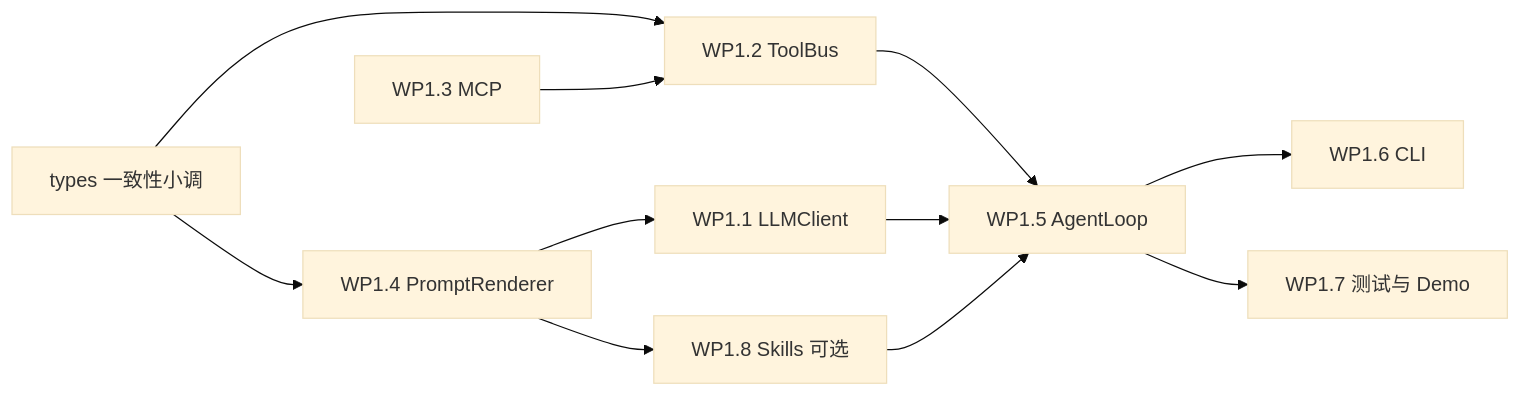
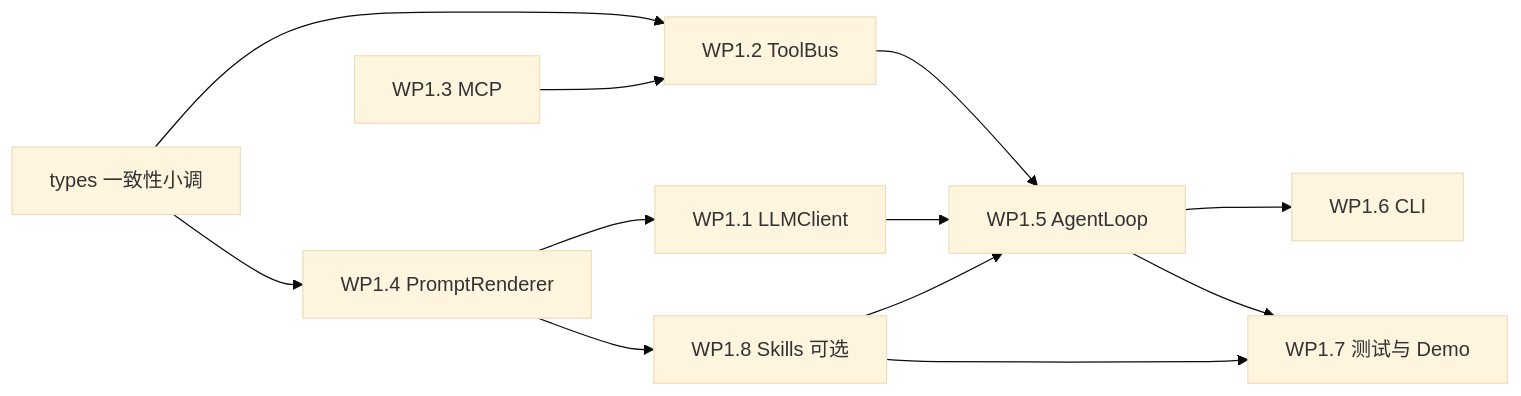
Before and after one commit to Mapoet/taskflow: the diagram in agent_framework/docs/guides/phase-1-plan.md, drawn with Mermaid (base theme). The commit also changed other lines of this file and 39 other files, not shown here.

````diff
--- a/agent_framework/docs/guides/phase-1-plan.md
+++ b/agent_framework/docs/guides/phase-1-plan.md
@@ -52,22 +52,23 @@
 ```mermaid
 flowchart LR
   T[types 一致性小调]
   PR[WP1.4 PromptRenderer]
   TB[WP1.2 ToolBus]
   LLM[WP1.1 LLMClient]
   MCP[WP1.3 MCP]
   LOOP[WP1.5 AgentLoop]
   CLI[WP1.6 CLI]
   TST[WP1.7 测试与 Demo]
   SK[WP1.8 Skills 可选]
   T --> PR
   T --> TB
   PR --> LLM
   TB --> LOOP
   LLM --> LOOP
   MCP --> TB
   LOOP --> CLI
   LOOP --> TST
   PR --> SK
   SK --> LOOP
+  SK --> TST
 ```
````
